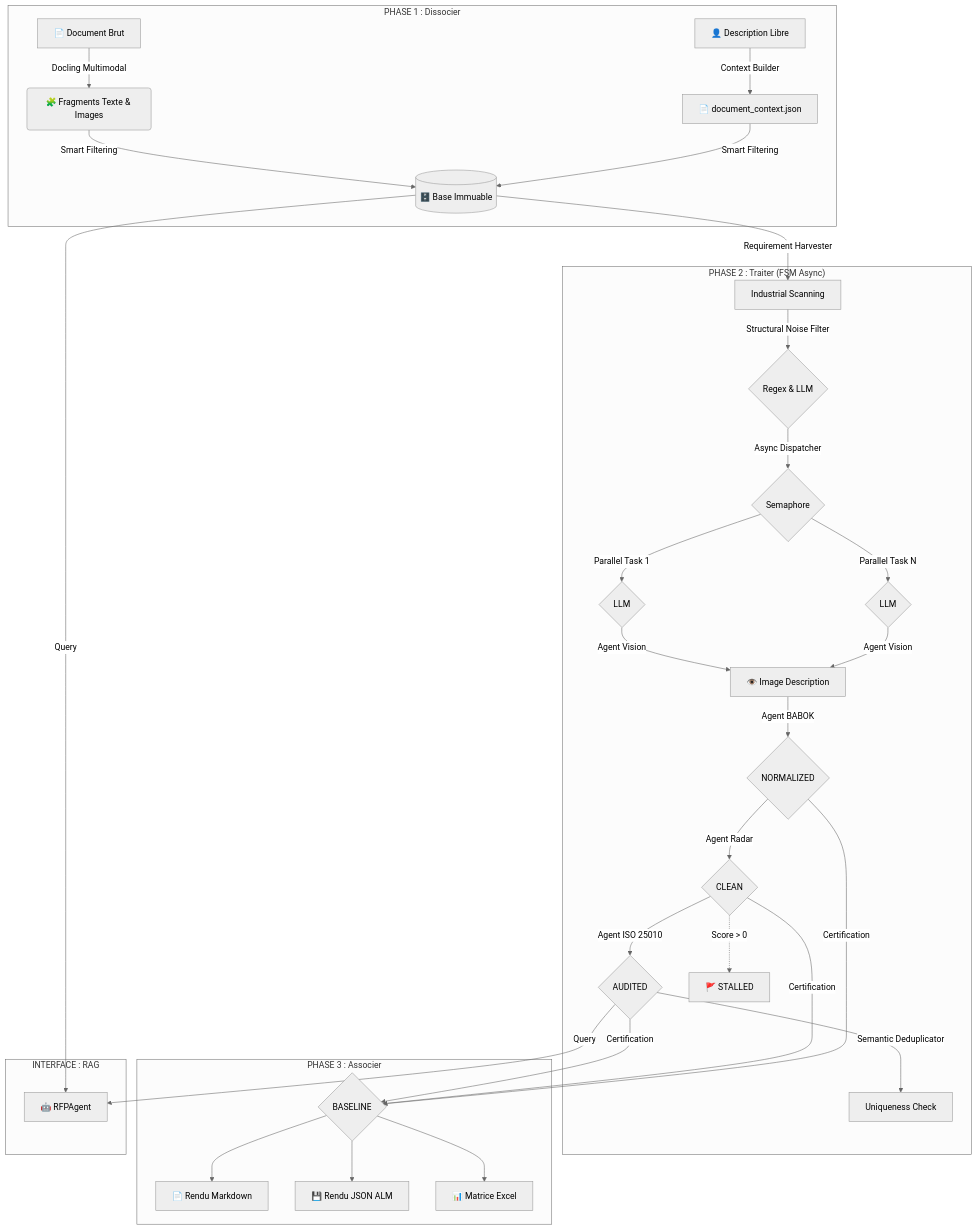
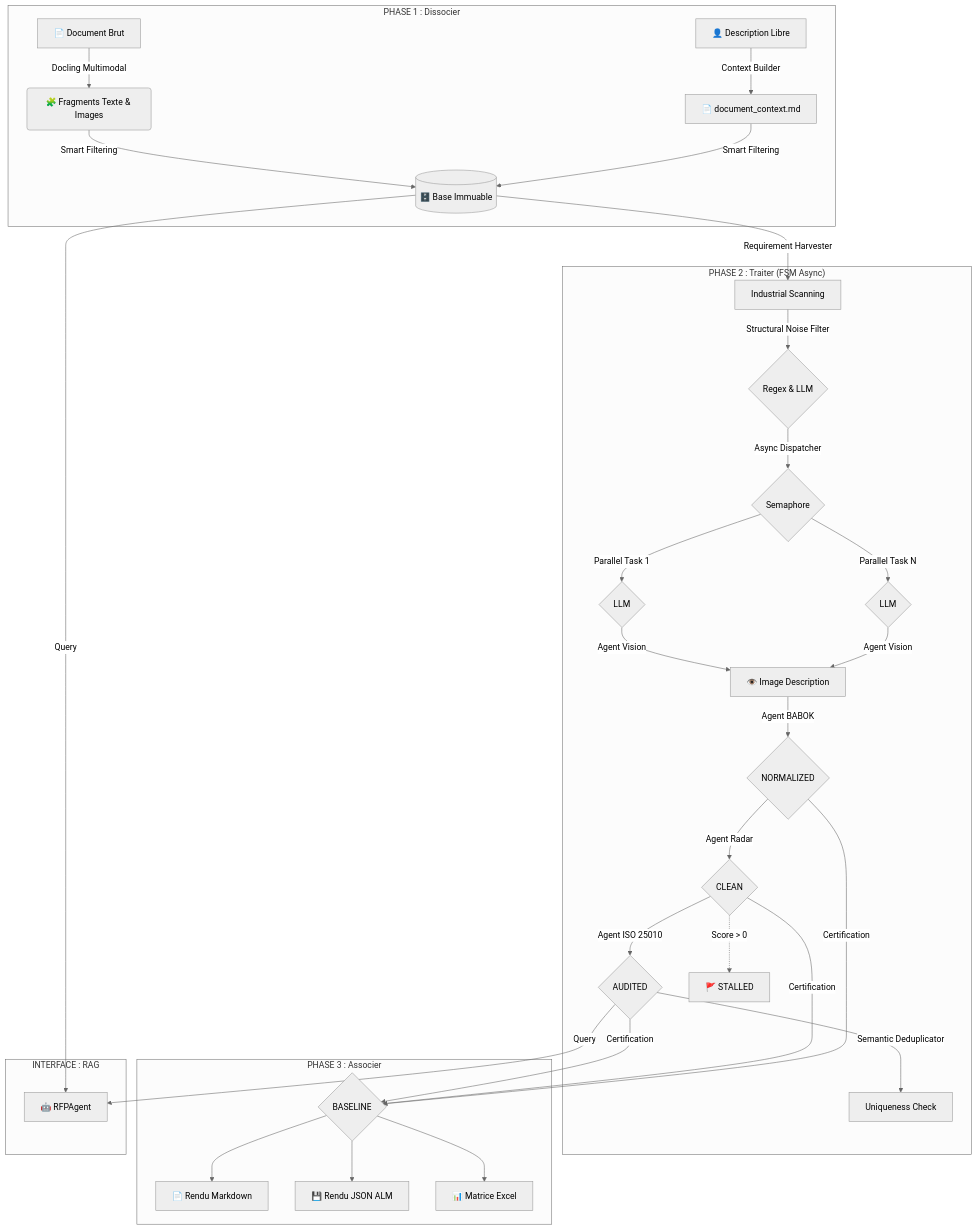
Before and after one commit to RodMan121/rfp-analyse-ia: the diagram in ARCHITECTURE.md, drawn with Mermaid (neutral theme). The commit also changed 3 other files, not shown here.

````diff
--- a/ARCHITECTURE.md
+++ b/ARCHITECTURE.md
@@ -9,33 +9,33 @@
 ```mermaid
 graph TD
     subgraph "PHASE 1 : Dissocier"
-        USER[👤 Description Libre] -->|Context Builder| CTX[📄 document_context.json]
+        USER[👤 Description Libre] -->|Context Builder| CTX[📄 document_context.md]
         A[📄 Document Brut] -->|Docling Multimodal| B(🧩 Fragments Texte & Images)
         B & CTX -->|Smart Filtering| C[(🗄️ Base Immuable)]
     end
     
     subgraph "PHASE 2 : Traiter (FSM Async)"
         C -->|Requirement Harvester| D[Industrial Scanning]
         D -->|Structural Noise Filter| FILT{Regex & LLM}
         FILT -->|Async Dispatcher| SEM{Semaphore}
         SEM -->|Parallel Task 1| LLM1{LLM}
         SEM -->|Parallel Task N| LLM2{LLM}
         LLM1 & LLM2 -->|Agent Vision| VIS[👁️ Image Description]
         VIS -->|Agent BABOK| E{NORMALIZED}
         E -->|Agent Radar| F{CLEAN}
         F -->|Agent ISO 25010| G{AUDITED}
         G -->|Semantic Deduplicator| DEDUP[Uniqueness Check]
         F -.->|Score > 0| H[🚩 STALLED]
     end
     
     subgraph "PHASE 3 : Associer"
         G & F & E -->|Certification| I{BASELINE}
         I --> J[📄 Rendu Markdown]
         I --> K[💾 Rendu JSON ALM]
         I --> L[📊 Matrice Excel]
     end
 
     subgraph "INTERFACE : RAG"
         C & G -->|Query| AGENT[🤖 RFPAgent]
     end
 ```
````
